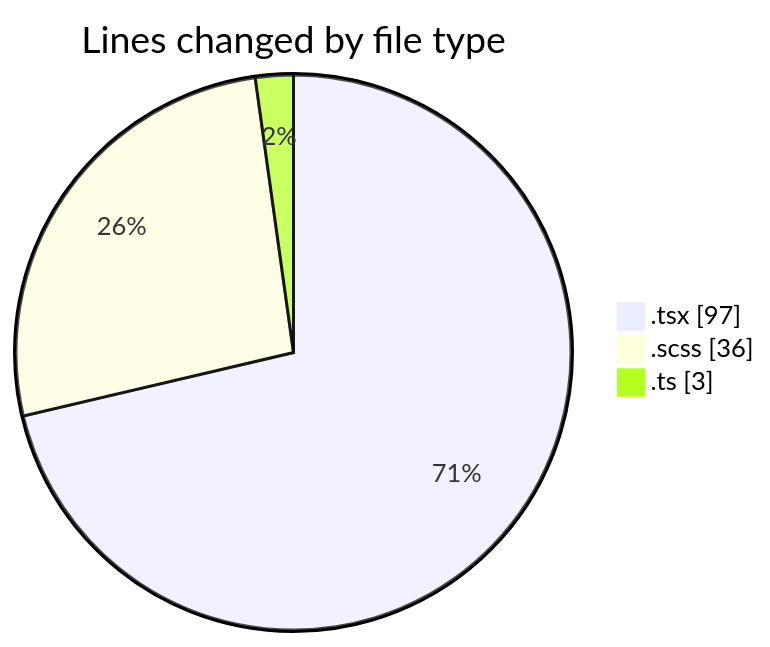
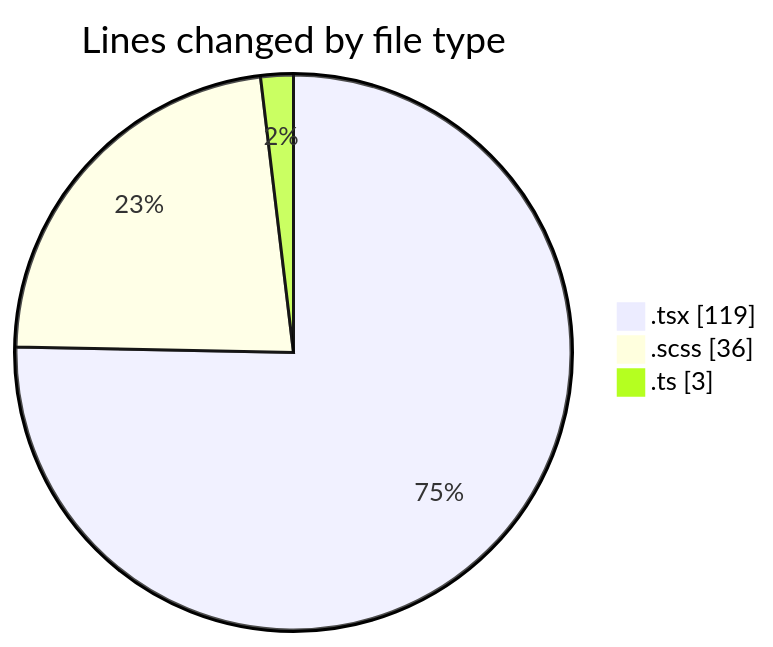
One commit to momahboobian/code-tracking changed the first of 2 diagrams in 2026-10-30/cda/README.md. Above: the diagram before and after it, drawn with Mermaid. The commit also changed other lines of this file and 1 other file, not shown here.

````diff
--- a/2026-10-30/cda/README.md
+++ b/2026-10-30/cda/README.md
@@ -22,7 +23,7 @@
 ```mermaid
 pie showData
 title Lines changed by file type
-".tsx" : 97
+".tsx" : 119
 ".scss" : 36
 ".ts" : 3
 ```
````
